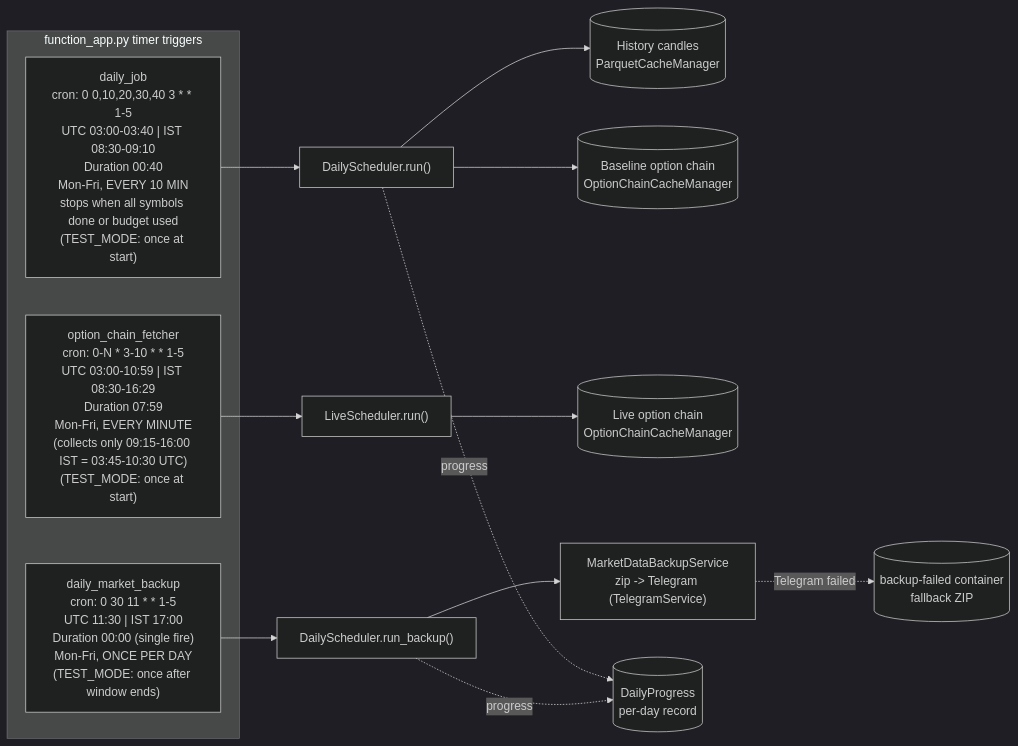
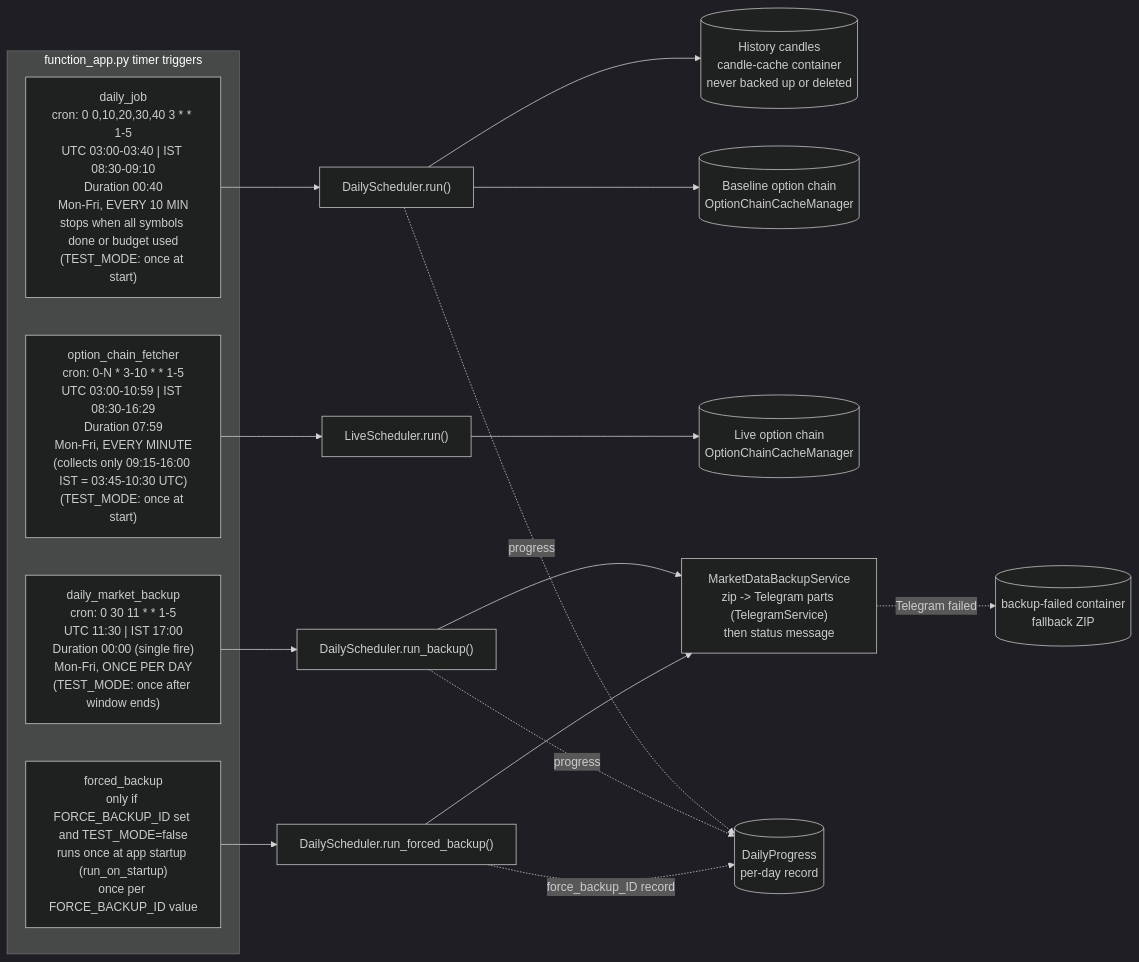
One commit to AllakaNarasimha/azure-market-data-fetcher changed the first of 6 diagrams in docs/schedulers-flow.md. Above: the diagram before and after it, drawn with Mermaid (dark theme). The commit also changed other lines of this file and 6 other files, not shown here.

Commit message:
feat: fetch only missing candle dates and keep candles and progress in separate containers

````diff
--- a/docs/schedulers-flow.md
+++ b/docs/schedulers-flow.md
@@ -45,20 +49,24 @@
 ```mermaid
 flowchart LR
     subgraph Triggers["function_app.py timer triggers"]
         T1["daily_job<br/>cron: 0 0,10,20,30,40 3 * * 1-5<br/>UTC 03:00-03:40 | IST 08:30-09:10<br/>Duration 00:40<br/>Mon-Fri, EVERY 10 MIN<br/>stops when all symbols done or budget used<br/>(TEST_MODE: once at start)"]
         T2["option_chain_fetcher<br/>cron: 0-N * 3-10 * * 1-5<br/>UTC 03:00-10:59 | IST 08:30-16:29<br/>Duration 07:59<br/>Mon-Fri, EVERY MINUTE<br/>(collects only 09:15-16:00 IST = 03:45-10:30 UTC)<br/>(TEST_MODE: once at start)"]
         T3["daily_market_backup<br/>cron: 0 30 11 * * 1-5<br/>UTC 11:30 | IST 17:00<br/>Duration 00:00 (single fire)<br/>Mon-Fri, ONCE PER DAY<br/>(TEST_MODE: once after window ends)"]
+        T4["forced_backup<br/>only if FORCE_BACKUP_ID set and TEST_MODE=false<br/>runs once at app startup (run_on_startup)<br/>once per FORCE_BACKUP_ID value"]
     end
 
     T1 --> DS_RUN["DailyScheduler.run()"]
     T2 --> LS_RUN["LiveScheduler.run()"]
     T3 --> DS_BK["DailyScheduler.run_backup()"]
+    T4 --> DS_FBK["DailyScheduler.run_forced_backup()"]
 
-    DS_RUN --> HIST[("History candles<br/>ParquetCacheManager")]
+    DS_RUN --> HIST[("History candles<br/>candle-cache container<br/>never backed up or deleted")]
     DS_RUN --> CHAIN0[("Baseline option chain<br/>OptionChainCacheManager")]
     LS_RUN --> CHAIN[("Live option chain<br/>OptionChainCacheManager")]
-    DS_BK --> TG["MarketDataBackupService<br/>zip -> Telegram (TelegramService)"]
+    DS_BK --> TG["MarketDataBackupService<br/>zip -> Telegram parts (TelegramService)<br/>then status message"]
+    DS_FBK --> TG
     TG -. "Telegram failed" .-> FAILED[("backup-failed container<br/>fallback ZIP")]
     DS_RUN -. progress .-> PRG[("DailyProgress<br/>per-day record")]
     DS_BK -. progress .-> PRG
+    DS_FBK -. "force_backup_ID record" .-> PRG
 ```
````
